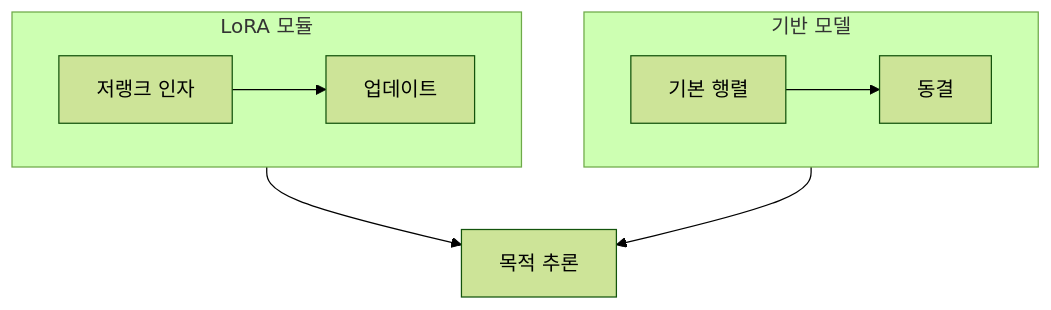
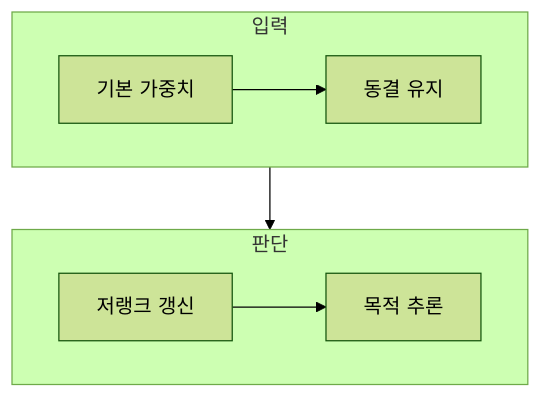
The diagram in ComputerScience/03_ai-ml-data/generative-ai-fine-tuning/notes/40. LoRA와 파라미터 효율 미세조정.md (umyunsang/edu), drawn with Mermaid (forest theme) before and after one commit. The commit also changed other lines of this file and 9 other files, not shown here.

````diff
--- a/ComputerScience/03_ai-ml-data/generative-ai-fine-tuning/notes/40. LoRA와 파라미터 효율 미세조정.md
+++ b/ComputerScience/03_ai-ml-data/generative-ai-fine-tuning/notes/40. LoRA와 파라미터 효율 미세조정.md
@@ -23,13 +24,12 @@
 ```mermaid
 flowchart TB
-    subgraph Base[기반 모델]
+    subgraph Input[입력]
         direction LR
-        W[기본 행렬] --> F[동결]
+        A[기본 가중치] --> B[동결 유지]
     end
-    subgraph Adapter[LoRA 모듈]
+    subgraph Decision[판단]
         direction LR
-        A[저랭크 인자] --> U[업데이트]
+        C[저랭크 갱신] --> D[목적 추론]
     end
-    F --> I[목적 추론]
-    U --> I
+    B --> C
 ```
````
